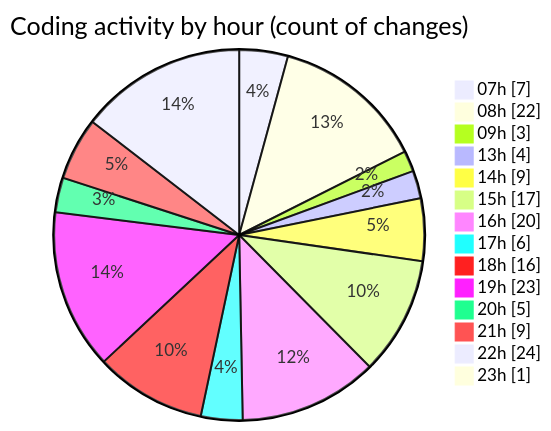
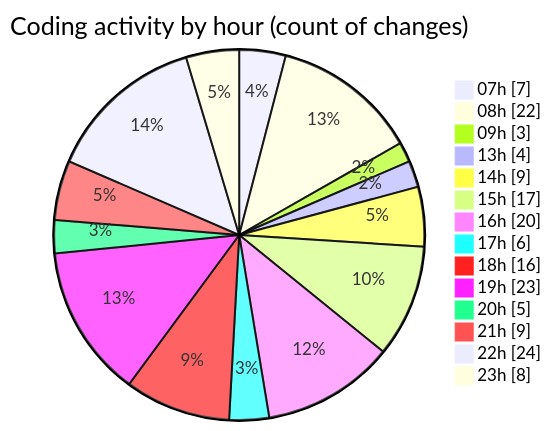
The second of 2 diagrams in 2025-05-04/niten/README.md (Elitesun/code-tracking), drawn with Mermaid before and after one commit. The commit also changed other lines of this file and 1 other file, not shown here.

````diff
--- a/2025-05-04/niten/README.md
+++ b/2025-05-04/niten/README.md
@@ -77,18 +78,18 @@
 ```mermaid
 pie showData
 title Coding activity by hour (count of changes)
 "07h" : 7
 "08h" : 22
 "09h" : 3
 "13h" : 4
 "14h" : 9
 "15h" : 17
 "16h" : 20
 "17h" : 6
 "18h" : 16
 "19h" : 23
 "20h" : 5
 "21h" : 9
 "22h" : 24
-"23h" : 1
+"23h" : 8
 ```
````
